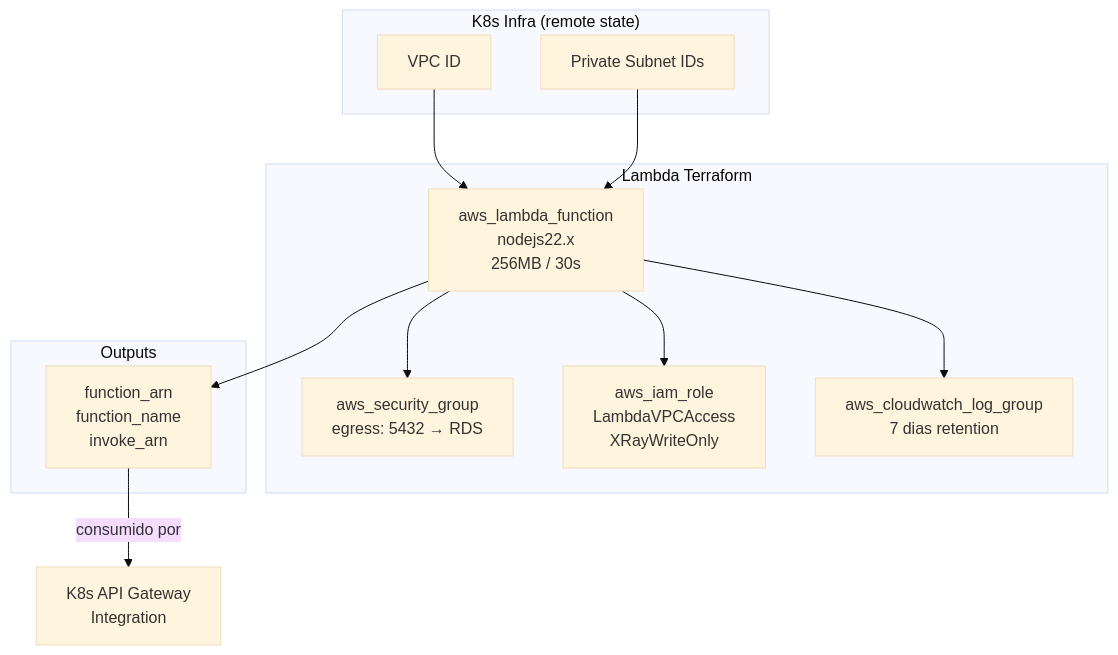
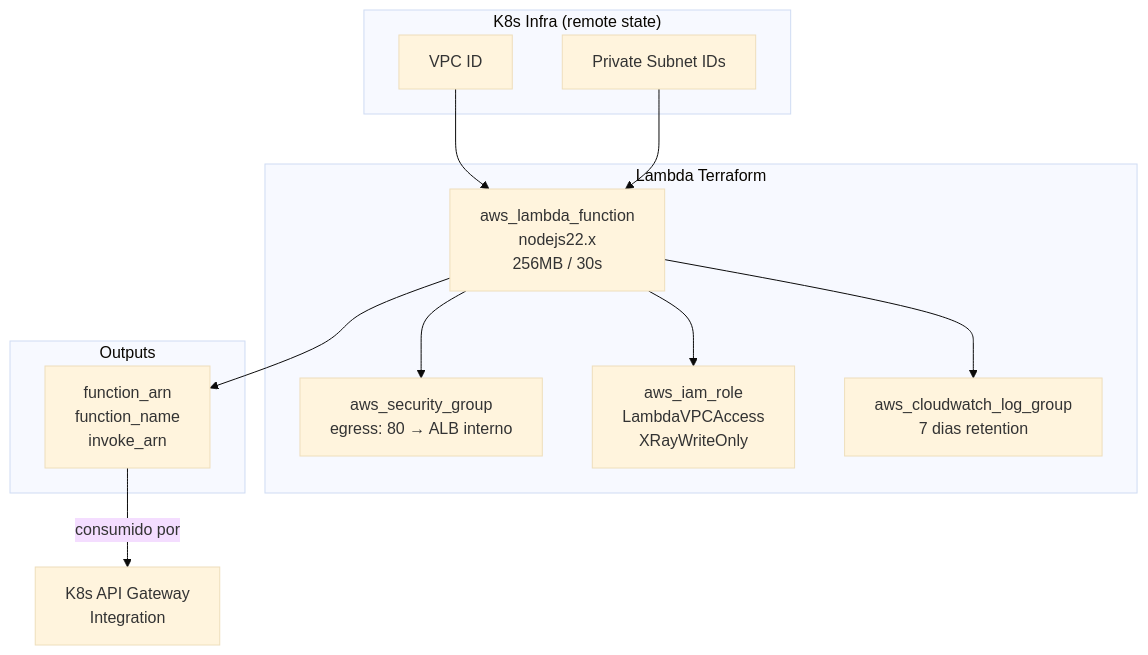
The second of 4 diagrams in README.md (vctrlima/fiap-13soat-auto-repair-shop-lambda), drawn with Mermaid (base theme) before and after one commit. The commit also changed other lines of this file and 5 other files, not shown here.

````diff
--- a/README.md
+++ b/README.md
@@ -206,27 +206,27 @@
 ```mermaid
 graph TD
     subgraph "K8s Infra (remote state)"
         VPC[VPC ID]
         Subnets[Private Subnet IDs]
     end
 
     subgraph "Lambda Terraform"
         LF[aws_lambda_function\nnodejs22.x\n256MB / 30s]
-        SG[aws_security_group\negress: 5432 → RDS]
+        SG[aws_security_group\negress: 80 → ALB interno]
         IAM[aws_iam_role\nLambdaVPCAccess\nXRayWriteOnly]
         CW[aws_cloudwatch_log_group\n7 dias retention]
         LF --> SG
         LF --> IAM
         LF --> CW
     end
 
     VPC --> LF
     Subnets --> LF
 
     subgraph "Outputs"
         OUT[function_arn\nfunction_name\ninvoke_arn]
     end
 
     LF --> OUT
     OUT -->|consumido por| KOUT[K8s API Gateway\nIntegration]
 ```
````
